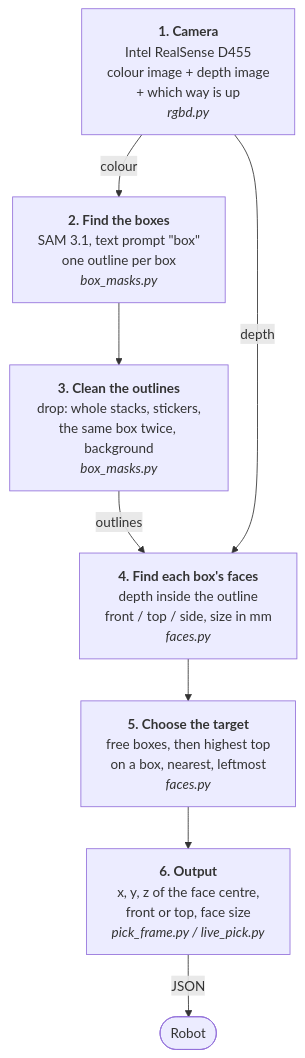
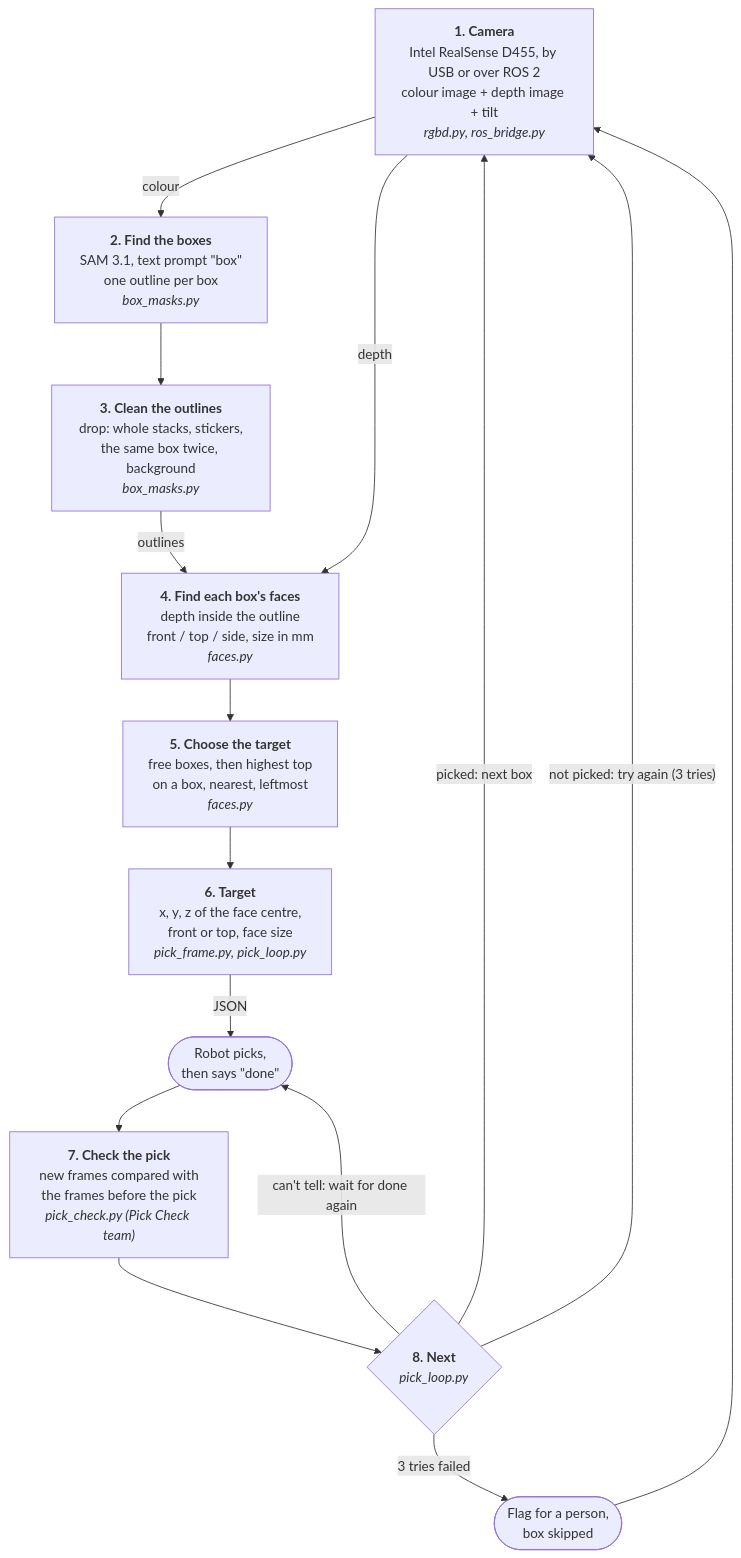
The diagram in box_picker/docs/architecture.md (Jedin14/OArm-Cumotion), drawn with Mermaid before and after one commit. The commit also changed other lines of this file and 69 other files, not shown here.

````diff
--- a/box_picker/docs/architecture.md
+++ b/box_picker/docs/architecture.md
@@ -14,18 +16,28 @@
 ```mermaid
 flowchart TD
-    CAM["<b>1. Camera</b><br/>Intel RealSense D455<br/>colour image + depth image<br/>+ which way is up<br/><i>rgbd.py</i>"]
+    CAM["<b>1. Camera</b><br/>Intel RealSense D455, by USB or over ROS 2<br/>colour image + depth image + tilt<br/><i>rgbd.py, ros_bridge.py</i>"]
     SAM["<b>2. Find the boxes</b><br/>SAM 3.1, text prompt &quot;box&quot;<br/>one outline per box<br/><i>box_masks.py</i>"]
     CLEAN["<b>3. Clean the outlines</b><br/>drop: whole stacks, stickers,<br/>the same box twice, background<br/><i>box_masks.py</i>"]
     FACES["<b>4. Find each box's faces</b><br/>depth inside the outline<br/>front / top / side, size in mm<br/><i>faces.py</i>"]
     PICK["<b>5. Choose the target</b><br/>free boxes, then highest top<br/>on a box, nearest, leftmost<br/><i>faces.py</i>"]
-    OUT["<b>6. Output</b><br/>x, y, z of the face centre,<br/>front or top, face size<br/><i>pick_frame.py / live_pick.py</i>"]
-    ROBOT(["Robot"])
+    OUT["<b>6. Target</b><br/>x, y, z of the face centre,<br/>front or top, face size<br/><i>pick_frame.py, pick_loop.py</i>"]
+    ROBOT(["Robot picks,<br/>then says &quot;done&quot;"])
+    CHECK["<b>7. Check the pick</b><br/>new frames compared with<br/>the frames before the pick<br/><i>pick_check.py (Pick Check team)</i>"]
+    NEXT{"<b>8. Next</b><br/><i>pick_loop.py</i>"}
+    FLAG(["Flag for a person,<br/>box skipped"])
 
     CAM -- colour --> SAM
     SAM --> CLEAN
     CLEAN -- outlines --> FACES
     CAM -- depth --> FACES
     FACES --> PICK
     PICK --> OUT
     OUT -- JSON --> ROBOT
+    ROBOT --> CHECK
+    CHECK --> NEXT
+    NEXT -- "picked: next box" --> CAM
+    NEXT -- "not picked: try again (3 tries)" --> CAM
+    NEXT -- "can't tell: wait for done again" --> ROBOT
+    NEXT -- "3 tries failed" --> FLAG
+    FLAG --> CAM
 ```
````
